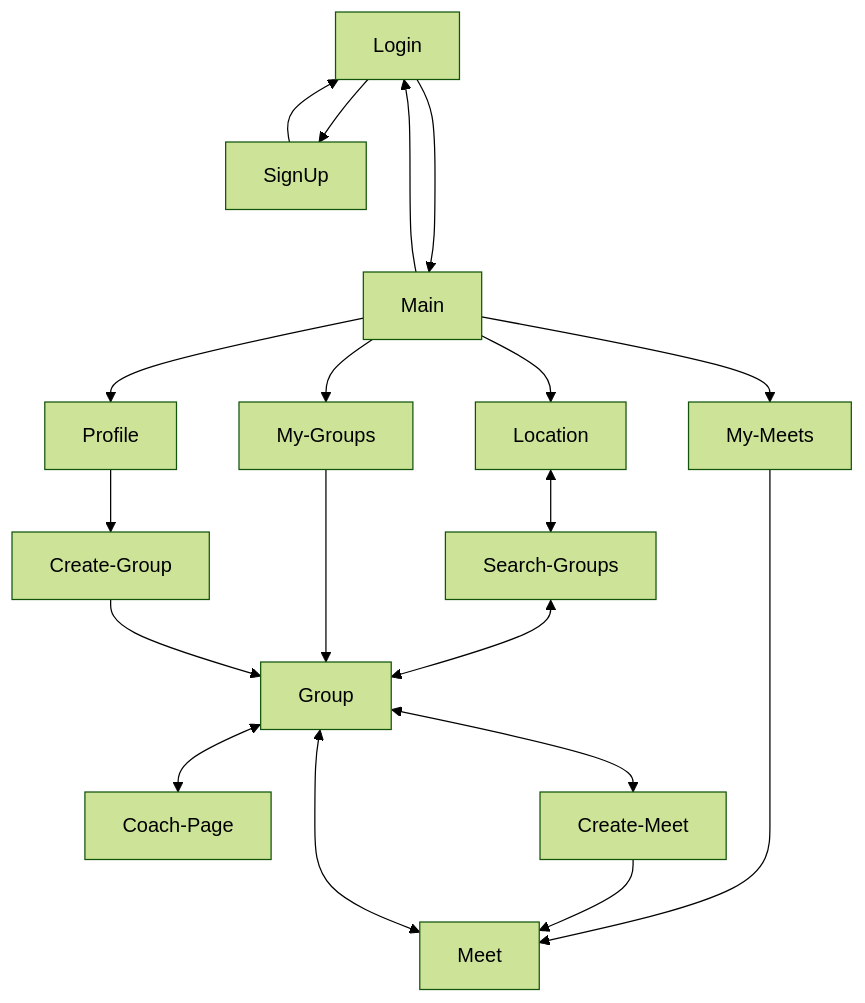
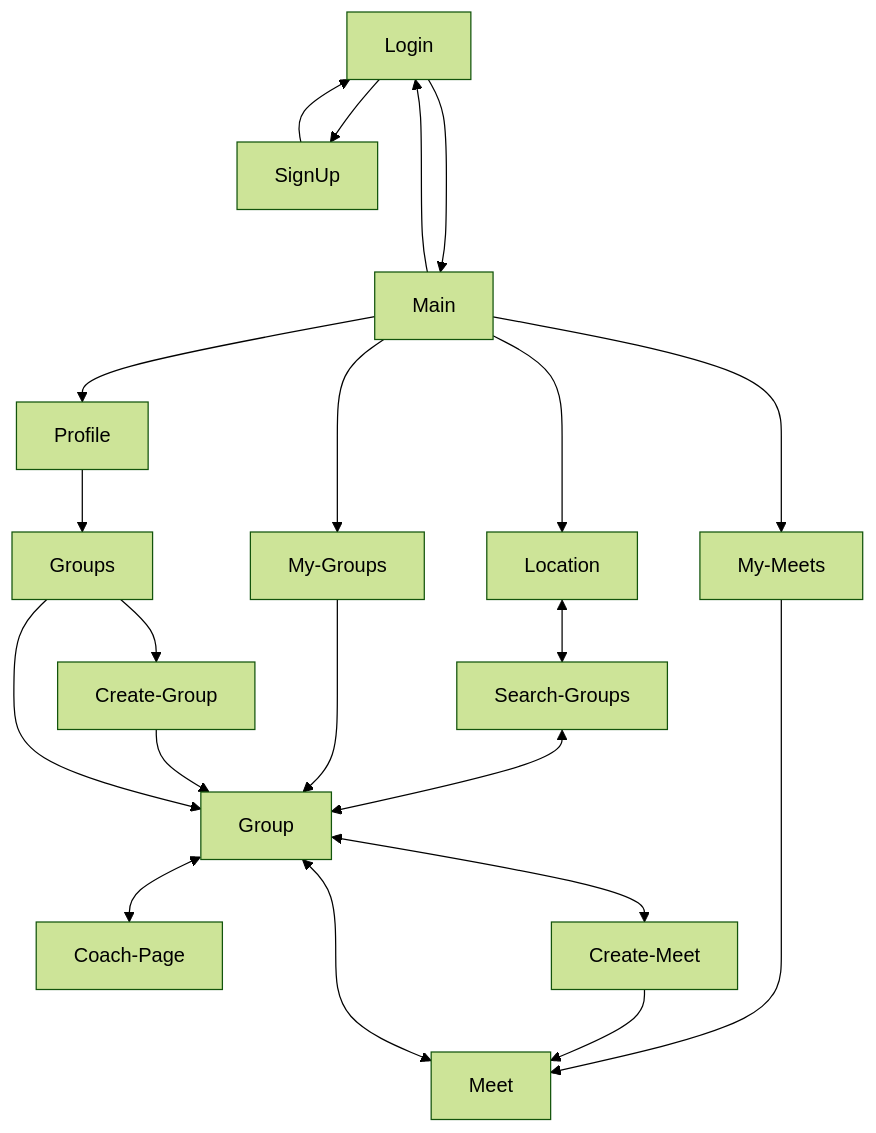
The third of 3 diagrams in README.md (DorYanay/SoluTrain-Mobile-APP), drawn with Mermaid (forest theme) before and after one commit. The commit also changed 4 other files, not shown here.

````diff
--- a/README.md
+++ b/README.md
@@ -165,15 +165,17 @@
 ```mermaid
 flowchart TD
   Login --> SignUp
   SignUp --> Login
   Login ---> Main
   Main --> Location & My-Groups & My-Meets & Profile
   Main --> Login
   Location <--> Search-Groups <--> Group
   My-Groups ---> Group
   My-Meets -----> Meet
-  Profile --> Create-Group --> Group
+  Profile --> Groups
+  Groups --> Create-Group --> Group
+  Groups --> Group
   Group <--> Coach-Page
   Group <--> Create-Meet --> Meet
   Group <--> Meet
 ```
````
